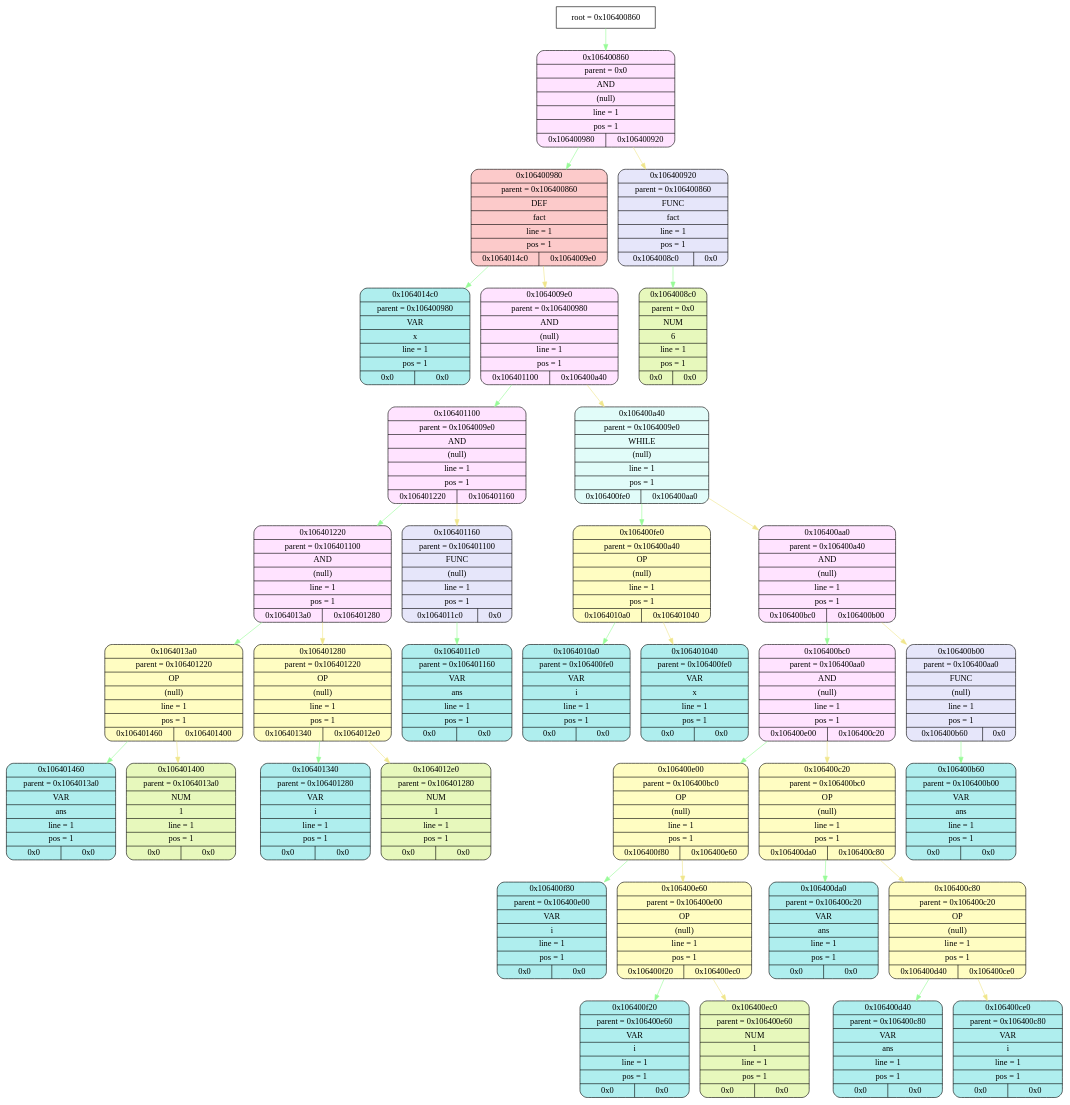
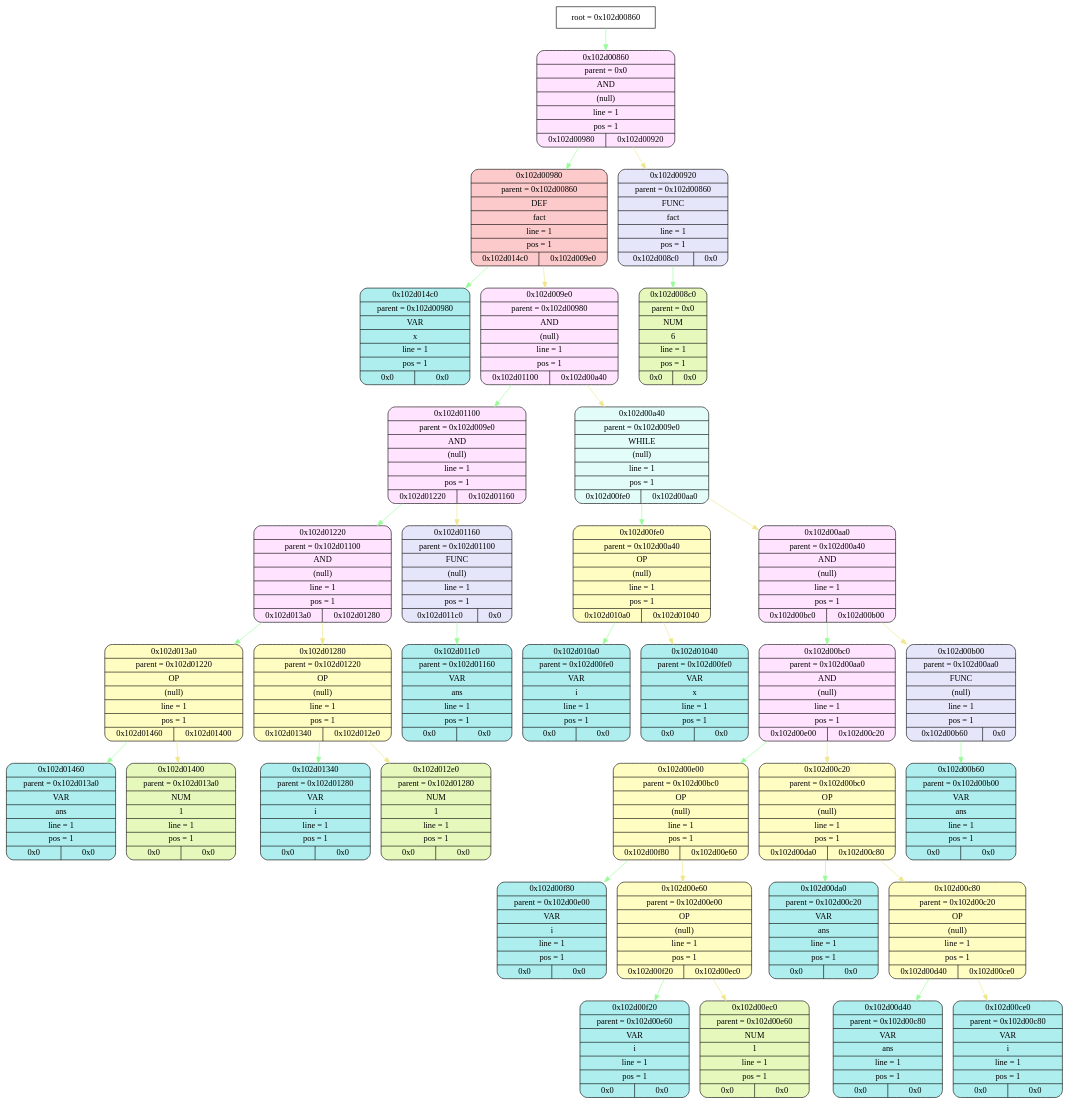
Before and after one commit to esgalimov/language: the diagram in frontend/tmp/graphviz.dot, drawn with Graphviz. The commit also changed 13 other files, not shown here.

```diff
--- a/frontend/tmp/graphviz.dot
+++ b/frontend/tmp/graphviz.dot
@@ -1,107 +1,107 @@
 digraph
 {
-    node_info[shape = record, label = "{root = 0x106400860}"];
+    node_info[shape = record, label = "{root = 0x102d00860}"];
 
-    node_info->node_0x106400860 [color = "#98FB98"];
-    node_0x106400860[shape = Mrecord, label = "{{0x106400860} | {parent =  0x0} | {AND} | {(null)} | {line = 1} | {pos = 1} | {0x106400980 | 0x106400920}}",
+    node_info->node_0x102d00860 [color = "#98FB98"];
+    node_0x102d00860[shape = Mrecord, label = "{{0x102d00860} | {parent =  0x0} | {AND} | {(null)} | {line = 1} | {pos = 1} | {0x102d00980 | 0x102d00920}}",
                                         style="filled", fillcolor="#FFE3FF"];
-    node_0x106400980[shape = Mrecord, label = "{{0x106400980} | {parent =  0x106400860} | {DEF} | {fact} | {line = 1} | {pos = 1} | {0x1064014c0 | 0x1064009e0}}",
+    node_0x102d00980[shape = Mrecord, label = "{{0x102d00980} | {parent =  0x102d00860} | {DEF} | {fact} | {line = 1} | {pos = 1} | {0x102d014c0 | 0x102d009e0}}",
                                         style="filled", fillcolor="#FCCACA"];
-    node_0x1064014c0[shape = Mrecord, label = "{{0x1064014c0} | {parent =  0x106400980} | {VAR} | {x} | {line = 1} | {pos = 1} | {0x0 | 0x0}}",
+    node_0x102d014c0[shape = Mrecord, label = "{{0x102d014c0} | {parent =  0x102d00980} | {VAR} | {x} | {line = 1} | {pos = 1} | {0x0 | 0x0}}",
                                         style="filled", fillcolor="#AFEEEE"];
-    node_0x1064009e0[shape = Mrecord, label = "{{0x1064009e0} | {parent =  0x106400980} | {AND} | {(null)} | {line = 1} | {pos = 1} | {0x106401100 | 0x106400a40}}",
+    node_0x102d009e0[shape = Mrecord, label = "{{0x102d009e0} | {parent =  0x102d00980} | {AND} | {(null)} | {line = 1} | {pos = 1} | {0x102d01100 | 0x102d00a40}}",
                                         style="filled", fillcolor="#FFE3FF"];
-    node_0x106401100[shape = Mrecord, label = "{{0x106401100} | {parent =  0x1064009e0} | {AND} | {(null)} | {line = 1} | {pos = 1} | {0x106401220 | 0x106401160}}",
+    node_0x102d01100[shape = Mrecord, label = "{{0x102d01100} | {parent =  0x102d009e0} | {AND} | {(null)} | {line = 1} | {pos = 1} | {0x102d01220 | 0x102d01160}}",
                                         style="filled", fillcolor="#FFE3FF"];
-    node_0x106401220[shape = Mrecord, label = "{{0x106401220} | {parent =  0x106401100} | {AND} | {(null)} | {line = 1} | {pos = 1} | {0x1064013a0 | 0x106401280}}",
+    node_0x102d01220[shape = Mrecord, label = "{{0x102d01220} | {parent =  0x102d01100} | {AND} | {(null)} | {line = 1} | {pos = 1} | {0x102d013a0 | 0x102d01280}}",
                                         style="filled", fillcolor="#FFE3FF"];
-    node_0x1064013a0[shape = Mrecord, label = "{{0x1064013a0} | {parent =  0x106401220} | {OP} | {(null)} | {line = 1} | {pos = 1} | {0x106401460 | 0x106401400}}",
+    node_0x102d013a0[shape = Mrecord, label = "{{0x102d013a0} | {parent =  0x102d01220} | {OP} | {(null)} | {line = 1} | {pos = 1} | {0x102d01460 | 0x102d01400}}",
                                         style="filled", fillcolor="#FFFDC2"];
-    node_0x106401460[shape = Mrecord, label = "{{0x106401460} | {parent =  0x1064013a0} | {VAR} | {ans} | {line = 1} | {pos = 1} | {0x0 | 0x0}}",
+    node_0x102d01460[shape = Mrecord, label = "{{0x102d01460} | {parent =  0x102d013a0} | {VAR} | {ans} | {line = 1} | {pos = 1} | {0x0 | 0x0}}",
                                         style="filled", fillcolor="#AFEEEE"];
-    node_0x106401400[shape = Mrecord, label = "{{0x106401400} | {parent =  0x1064013a0} | {NUM} | {1} | {line = 1} | {pos = 1} | {0x0 | 0x0}}",
+    node_0x102d01400[shape = Mrecord, label = "{{0x102d01400} | {parent =  0x102d013a0} | {NUM} | {1} | {line = 1} | {pos = 1} | {0x0 | 0x0}}",
                 style="filled", fillcolor="#E7F8BC"];
-    node_0x106401280[shape = Mrecord, label = "{{0x106401280} | {parent =  0x106401220} | {OP} | {(null)} | {line = 1} | {pos = 1} | {0x106401340 | 0x1064012e0}}",
+    node_0x102d01280[shape = Mrecord, label = "{{0x102d01280} | {parent =  0x102d01220} | {OP} | {(null)} | {line = 1} | {pos = 1} | {0x102d01340 | 0x102d012e0}}",
                                         style="filled", fillcolor="#FFFDC2"];
-    node_0x106401340[shape = Mrecord, label = "{{0x106401340} | {parent =  0x106401280} | {VAR} | {i} | {line = 1} | {pos = 1} | {0x0 | 0x0}}",
+    node_0x102d01340[shape = Mrecord, label = "{{0x102d01340} | {parent =  0x102d01280} | {VAR} | {i} | {line = 1} | {pos = 1} | {0x0 | 0x0}}",
                                         style="filled", fillcolor="#AFEEEE"];
-    node_0x1064012e0[shape = Mrecord, label = "{{0x1064012e0} | {parent =  0x106401280} | {NUM} | {1} | {line = 1} | {pos = 1} | {0x0 | 0x0}}",
+    node_0x102d012e0[shape = Mrecord, label = "{{0x102d012e0} | {parent =  0x102d01280} | {NUM} | {1} | {line = 1} | {pos = 1} | {0x0 | 0x0}}",
                 style="filled", fillcolor="#E7F8BC"];
-    node_0x106401160[shape = Mrecord, label = "{{0x106401160} | {parent =  0x106401100} | {FUNC} | {(null)} | {line = 1} | {pos = 1} | {0x1064011c0 | 0x0}}",
+    node_0x102d01160[shape = Mrecord, label = "{{0x102d01160} | {parent =  0x102d01100} | {FUNC} | {(null)} | {line = 1} | {pos = 1} | {0x102d011c0 | 0x0}}",
                                         style="filled", fillcolor="#E6E6FA"];
-    node_0x1064011c0[shape = Mrecord, label = "{{0x1064011c0} | {parent =  0x106401160} | {VAR} | {ans} | {line = 1} | {pos = 1} | {0x0 | 0x0}}",
+    node_0x102d011c0[shape = Mrecord, label = "{{0x102d011c0} | {parent =  0x102d01160} | {VAR} | {ans} | {line = 1} | {pos = 1} | {0x0 | 0x0}}",
                                         style="filled", fillcolor="#AFEEEE"];
-    node_0x106400a40[shape = Mrecord, label = "{{0x106400a40} | {parent =  0x1064009e0} | {WHILE} | {(null)} | {line = 1} | {pos = 1} | {0x106400fe0 | 0x106400aa0}}",
+    node_0x102d00a40[shape = Mrecord, label = "{{0x102d00a40} | {parent =  0x102d009e0} | {WHILE} | {(null)} | {line = 1} | {pos = 1} | {0x102d00fe0 | 0x102d00aa0}}",
                                         style="filled", fillcolor="#E1FCF9"];
-    node_0x106400fe0[shape = Mrecord, label = "{{0x106400fe0} | {parent =  0x106400a40} | {OP} | {(null)} | {line = 1} | {pos = 1} | {0x1064010a0 | 0x106401040}}",
+    node_0x102d00fe0[shape = Mrecord, label = "{{0x102d00fe0} | {parent =  0x102d00a40} | {OP} | {(null)} | {line = 1} | {pos = 1} | {0x102d010a0 | 0x102d01040}}",
                                         style="filled", fillcolor="#FFFDC2"];
-    node_0x1064010a0[shape = Mrecord, label = "{{0x1064010a0} | {parent =  0x106400fe0} | {VAR} | {i} | {line = 1} | {pos = 1} | {0x0 | 0x0}}",
+    node_0x102d010a0[shape = Mrecord, label = "{{0x102d010a0} | {parent =  0x102d00fe0} | {VAR} | {i} | {line = 1} | {pos = 1} | {0x0 | 0x0}}",
                                         style="filled", fillcolor="#AFEEEE"];
-    node_0x106401040[shape = Mrecord, label = "{{0x106401040} | {parent =  0x106400fe0} | {VAR} | {x} | {line = 1} | {pos = 1} | {0x0 | 0x0}}",
+    node_0x102d01040[shape = Mrecord, label = "{{0x102d01040} | {parent =  0x102d00fe0} | {VAR} | {x} | {line = 1} | {pos = 1} | {0x0 | 0x0}}",
                                         style="filled", fillcolor="#AFEEEE"];
-    node_0x106400aa0[shape = Mrecord, label = "{{0x106400aa0} | {parent =  0x106400a40} | {AND} | {(null)} | {line = 1} | {pos = 1} | {0x106400bc0 | 0x106400b00}}",
+    node_0x102d00aa0[shape = Mrecord, label = "{{0x102d00aa0} | {parent =  0x102d00a40} | {AND} | {(null)} | {line = 1} | {pos = 1} | {0x102d00bc0 | 0x102d00b00}}",
                                         style="filled", fillcolor="#FFE3FF"];
-    node_0x106400bc0[shape = Mrecord, label = "{{0x106400bc0} | {parent =  0x106400aa0} | {AND} | {(null)} | {line = 1} | {pos = 1} | {0x106400e00 | 0x106400c20}}",
+    node_0x102d00bc0[shape = Mrecord, label = "{{0x102d00bc0} | {parent =  0x102d00aa0} | {AND} | {(null)} | {line = 1} | {pos = 1} | {0x102d00e00 | 0x102d00c20}}",
                                         style="filled", fillcolor="#FFE3FF"];
-    node_0x106400e00[shape = Mrecord, label = "{{0x106400e00} | {parent =  0x106400bc0} | {OP} | {(null)} | {line = 1} | {pos = 1} | {0x106400f80 | 0x106400e60}}",
+    node_0x102d00e00[shape = Mrecord, label = "{{0x102d00e00} | {parent =  0x102d00bc0} | {OP} | {(null)} | {line = 1} | {pos = 1} | {0x102d00f80 | 0x102d00e60}}",
                                         style="filled", fillcolor="#FFFDC2"];
-    node_0x106400f80[shape = Mrecord, label = "{{0x106400f80} | {parent =  0x106400e00} | {VAR} | {i} | {line = 1} | {pos = 1} | {0x0 | 0x0}}",
+    node_0x102d00f80[shape = Mrecord, label = "{{0x102d00f80} | {parent =  0x102d00e00} | {VAR} | {i} | {line = 1} | {pos = 1} | {0x0 | 0x0}}",
                                         style="filled", fillcolor="#AFEEEE"];
-    node_0x106400e60[shape = Mrecord, label = "{{0x106400e60} | {parent =  0x106400e00} | {OP} | {(null)} | {line = 1} | {pos = 1} | {0x106400f20 | 0x106400ec0}}",
+    node_0x102d00e60[shape = Mrecord, label = "{{0x102d00e60} | {parent =  0x102d00e00} | {OP} | {(null)} | {line = 1} | {pos = 1} | {0x102d00f20 | 0x102d00ec0}}",
                                         style="filled", fillcolor="#FFFDC2"];
-    node_0x106400f20[shape = Mrecord, label = "{{0x106400f20} | {parent =  0x106400e60} | {VAR} | {i} | {line = 1} | {pos = 1} | {0x0 | 0x0}}",
+    node_0x102d00f20[shape = Mrecord, label = "{{0x102d00f20} | {parent =  0x102d00e60} | {VAR} | {i} | {line = 1} | {pos = 1} | {0x0 | 0x0}}",
                                         style="filled", fillcolor="#AFEEEE"];
-    node_0x106400ec0[shape = Mrecord, label = "{{0x106400ec0} | {parent =  0x106400e60} | {NUM} | {1} | {line = 1} | {pos = 1} | {0x0 | 0x0}}",
+    node_0x102d00ec0[shape = Mrecord, label = "{{0x102d00ec0} | {parent =  0x102d00e60} | {NUM} | {1} | {line = 1} | {pos = 1} | {0x0 | 0x0}}",
                 style="filled", fillcolor="#E7F8BC"];
-    node_0x106400c20[shape = Mrecord, label = "{{0x106400c20} | {parent =  0x106400bc0} | {OP} | {(null)} | {line = 1} | {pos = 1} | {0x106400da0 | 0x106400c80}}",
+    node_0x102d00c20[shape = Mrecord, label = "{{0x102d00c20} | {parent =  0x102d00bc0} | {OP} | {(null)} | {line = 1} | {pos = 1} | {0x102d00da0 | 0x102d00c80}}",
                                         style="filled", fillcolor="#FFFDC2"];
-    node_0x106400da0[shape = Mrecord, label = "{{0x106400da0} | {parent =  0x106400c20} | {VAR} | {ans} | {line = 1} | {pos = 1} | {0x0 | 0x0}}",
+    node_0x102d00da0[shape = Mrecord, label = "{{0x102d00da0} | {parent =  0x102d00c20} | {VAR} | {ans} | {line = 1} | {pos = 1} | {0x0 | 0x0}}",
                                         style="filled", fillcolor="#AFEEEE"];
-    node_0x106400c80[shape = Mrecord, label = "{{0x106400c80} | {parent =  0x106400c20} | {OP} | {(null)} | {line = 1} | {pos = 1} | {0x106400d40 | 0x106400ce0}}",
+    node_0x102d00c80[shape = Mrecord, label = "{{0x102d00c80} | {parent =  0x102d00c20} | {OP} | {(null)} | {line = 1} | {pos = 1} | {0x102d00d40 | 0x102d00ce0}}",
                                         style="filled", fillcolor="#FFFDC2"];
-    node_0x106400d40[shape = Mrecord, label = "{{0x106400d40} | {parent =  0x106400c80} | {VAR} | {ans} | {line = 1} | {pos = 1} | {0x0 | 0x0}}",
+    node_0x102d00d40[shape = Mrecord, label = "{{0x102d00d40} | {parent =  0x102d00c80} | {VAR} | {ans} | {line = 1} | {pos = 1} | {0x0 | 0x0}}",
                                         style="filled", fillcolor="#AFEEEE"];
-    node_0x106400ce0[shape = Mrecord, label = "{{0x106400ce0} | {parent =  0x106400c80} | {VAR} | {i} | {line = 1} | {pos = 1} | {0x0 | 0x0}}",
+    node_0x102d00ce0[shape = Mrecord, label = "{{0x102d00ce0} | {parent =  0x102d00c80} | {VAR} | {i} | {line = 1} | {pos = 1} | {0x0 | 0x0}}",
                                         style="filled", fillcolor="#AFEEEE"];
-    node_0x106400b00[shape = Mrecord, label = "{{0x106400b00} | {parent =  0x106400aa0} | {FUNC} | {(null)} | {line = 1} | {pos = 1} | {0x106400b60 | 0x0}}",
+    node_0x102d00b00[shape = Mrecord, label = "{{0x102d00b00} | {parent =  0x102d00aa0} | {FUNC} | {(null)} | {line = 1} | {pos = 1} | {0x102d00b60 | 0x0}}",
                                         style="filled", fillcolor="#E6E6FA"];
-    node_0x106400b60[shape = Mrecord, label = "{{0x106400b60} | {parent =  0x106400b00} | {VAR} | {ans} | {line = 1} | {pos = 1} | {0x0 | 0x0}}",
+    node_0x102d00b60[shape = Mrecord, label = "{{0x102d00b60} | {parent =  0x102d00b00} | {VAR} | {ans} | {line = 1} | {pos = 1} | {0x0 | 0x0}}",
                                         style="filled", fillcolor="#AFEEEE"];
-    node_0x106400920[shape = Mrecord, label = "{{0x106400920} | {parent =  0x106400860} | {FUNC} | {fact} | {line = 1} | {pos = 1} | {0x1064008c0 | 0x0}}",
+    node_0x102d00920[shape = Mrecord, label = "{{0x102d00920} | {parent =  0x102d00860} | {FUNC} | {fact} | {line = 1} | {pos = 1} | {0x102d008c0 | 0x0}}",
                                         style="filled", fillcolor="#E6E6FA"];
-    node_0x1064008c0[shape = Mrecord, label = "{{0x1064008c0} | {parent =  0x0} | {NUM} | {6} | {line = 1} | {pos = 1} | {0x0 | 0x0}}",
+    node_0x102d008c0[shape = Mrecord, label = "{{0x102d008c0} | {parent =  0x0} | {NUM} | {6} | {line = 1} | {pos = 1} | {0x0 | 0x0}}",
                 style="filled", fillcolor="#E7F8BC"];
-    node_0x106400860->node_0x106400980 [color = "#98FB98"];
-    node_0x106400980->node_0x1064014c0 [color = "#98FB98"];
-    node_0x106400980->node_0x1064009e0 [color = "#F0E68C"];
-    node_0x1064009e0->node_0x106401100 [color = "#98FB98"];
-    node_0x106401100->node_0x106401220 [color = "#98FB98"];
-    node_0x106401220->node_0x1064013a0 [color = "#98FB98"];
-    node_0x1064013a0->node_0x106401460 [color = "#98FB98"];
-    node_0x1064013a0->node_0x106401400 [color = "#F0E68C"];
-    node_0x106401220->node_0x106401280 [color = "#F0E68C"];
-    node_0x106401280->node_0x106401340 [color = "#98FB98"];
-    node_0x106401280->node_0x1064012e0 [color = "#F0E68C"];
-    node_0x106401100->node_0x106401160 [color = "#F0E68C"];
-    node_0x106401160->node_0x1064011c0 [color = "#98FB98"];
-    node_0x1064009e0->node_0x106400a40 [color = "#F0E68C"];
-    node_0x106400a40->node_0x106400fe0 [color = "#98FB98"];
-    node_0x106400fe0->node_0x1064010a0 [color = "#98FB98"];
-    node_0x106400fe0->node_0x106401040 [color = "#F0E68C"];
-    node_0x106400a40->node_0x106400aa0 [color = "#F0E68C"];
-    node_0x106400aa0->node_0x106400bc0 [color = "#98FB98"];
-    node_0x106400bc0->node_0x106400e00 [color = "#98FB98"];
-    node_0x106400e00->node_0x106400f80 [color = "#98FB98"];
-    node_0x106400e00->node_0x106400e60 [color = "#F0E68C"];
-    node_0x106400e60->node_0x106400f20 [color = "#98FB98"];
-    node_0x106400e60->node_0x106400ec0 [color = "#F0E68C"];
-    node_0x106400bc0->node_0x106400c20 [color = "#F0E68C"];
-    node_0x106400c20->node_0x106400da0 [color = "#98FB98"];
-    node_0x106400c20->node_0x106400c80 [color = "#F0E68C"];
-    node_0x106400c80->node_0x106400d40 [color = "#98FB98"];
-    node_0x106400c80->node_0x106400ce0 [color = "#F0E68C"];
-    node_0x106400aa0->node_0x106400b00 [color = "#F0E68C"];
-    node_0x106400b00->node_0x106400b60 [color = "#98FB98"];
-    node_0x106400860->node_0x106400920 [color = "#F0E68C"];
-    node_0x106400920->node_0x1064008c0 [color = "#98FB98"];
+    node_0x102d00860->node_0x102d00980 [color = "#98FB98"];
+    node_0x102d00980->node_0x102d014c0 [color = "#98FB98"];
+    node_0x102d00980->node_0x102d009e0 [color = "#F0E68C"];
+    node_0x102d009e0->node_0x102d01100 [color = "#98FB98"];
+    node_0x102d01100->node_0x102d01220 [color = "#98FB98"];
+    node_0x102d01220->node_0x102d013a0 [color = "#98FB98"];
+    node_0x102d013a0->node_0x102d01460 [color = "#98FB98"];
+    node_0x102d013a0->node_0x102d01400 [color = "#F0E68C"];
+    node_0x102d01220->node_0x102d01280 [color = "#F0E68C"];
+    node_0x102d01280->node_0x102d01340 [color = "#98FB98"];
+    node_0x102d01280->node_0x102d012e0 [color = "#F0E68C"];
+    node_0x102d01100->node_0x102d01160 [color = "#F0E68C"];
+    node_0x102d01160->node_0x102d011c0 [color = "#98FB98"];
+    node_0x102d009e0->node_0x102d00a40 [color = "#F0E68C"];
+    node_0x102d00a40->node_0x102d00fe0 [color = "#98FB98"];
+    node_0x102d00fe0->node_0x102d010a0 [color = "#98FB98"];
+    node_0x102d00fe0->node_0x102d01040 [color = "#F0E68C"];
+    node_0x102d00a40->node_0x102d00aa0 [color = "#F0E68C"];
+    node_0x102d00aa0->node_0x102d00bc0 [color = "#98FB98"];
+    node_0x102d00bc0->node_0x102d00e00 [color = "#98FB98"];
+    node_0x102d00e00->node_0x102d00f80 [color = "#98FB98"];
+    node_0x102d00e00->node_0x102d00e60 [color = "#F0E68C"];
+    node_0x102d00e60->node_0x102d00f20 [color = "#98FB98"];
+    node_0x102d00e60->node_0x102d00ec0 [color = "#F0E68C"];
+    node_0x102d00bc0->node_0x102d00c20 [color = "#F0E68C"];
+    node_0x102d00c20->node_0x102d00da0 [color = "#98FB98"];
+    node_0x102d00c20->node_0x102d00c80 [color = "#F0E68C"];
+    node_0x102d00c80->node_0x102d00d40 [color = "#98FB98"];
+    node_0x102d00c80->node_0x102d00ce0 [color = "#F0E68C"];
+    node_0x102d00aa0->node_0x102d00b00 [color = "#F0E68C"];
+    node_0x102d00b00->node_0x102d00b60 [color = "#98FB98"];
+    node_0x102d00860->node_0x102d00920 [color = "#F0E68C"];
+    node_0x102d00920->node_0x102d008c0 [color = "#98FB98"];
 }
```
